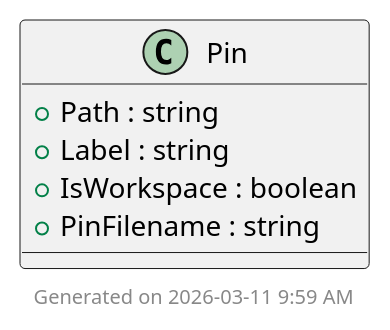
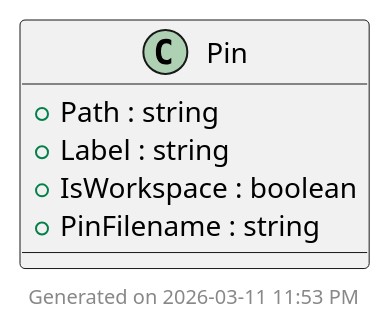
Before and after one commit to pcleckler/vscode-jumplist-pcleckler.github.com: the diagram in design/ClassGen.puml, drawn with PlantUML. The commit also changed 7 other files, not shown here.

```diff
--- a/design/ClassGen.puml
+++ b/design/ClassGen.puml
@@ -1,14 +1,14 @@
 
 ' Generated by ClassGen.PlantUmlDiagram code generator.
 
 '-----------------------------------------------
 
 class Pin {
   +Path : string
   +Label : string
   +IsWorkspace : boolean
   +PinFilename : string
 }
 
 
-footer Generated on 2026-03-11 9:59 AM
+footer Generated on 2026-03-11 11:53 PM
```
